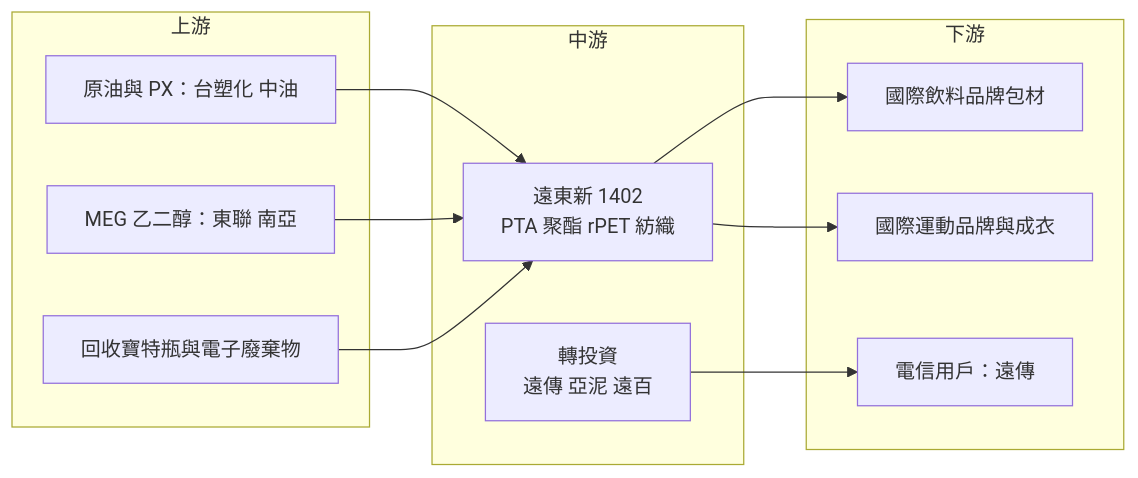
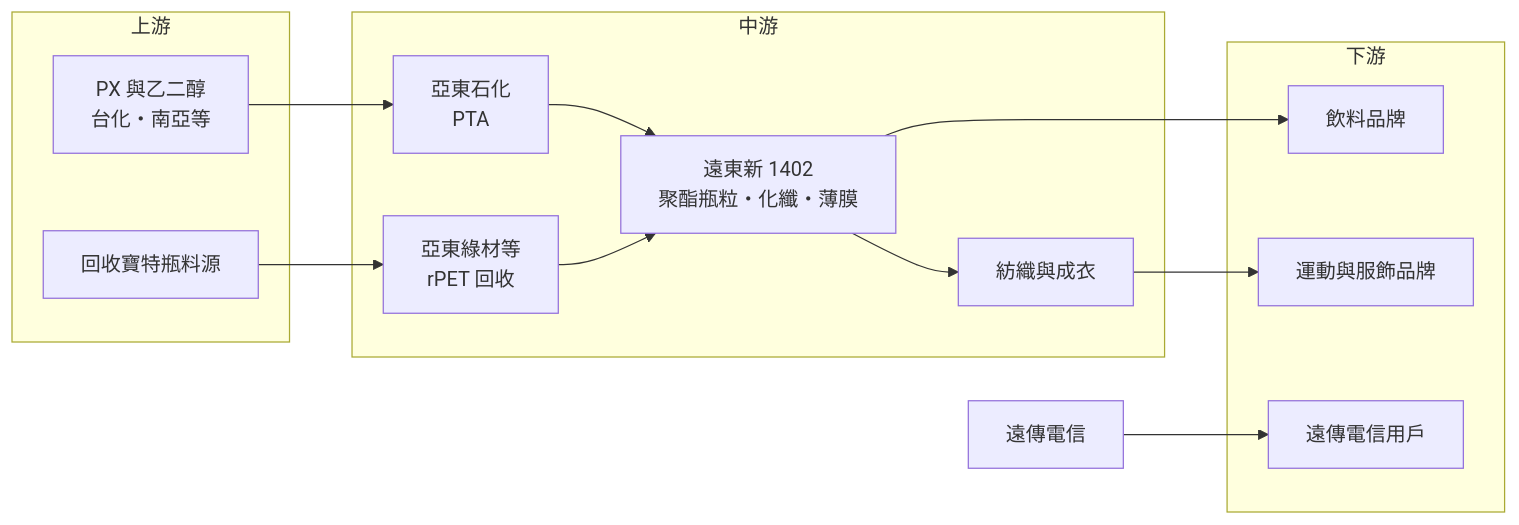
The fourth of 4 diagrams in 個股/台股/1402遠東新.md (wangnick1004/taiwan-stock-vault), drawn with Mermaid before and after one commit. The commit also changed other lines of this file and 16 other files, not shown here.

````diff
--- a/個股/台股/1402遠東新.md
+++ b/個股/台股/1402遠東新.md
@@ -214,23 +223,26 @@
 ```mermaid
 flowchart LR
     subgraph 上游
-        A1[原油與 PX：台塑化 中油]
-        A2[MEG 乙二醇：東聯 南亞]
-        A3[回收寶特瓶與電子廢棄物]
+        A1[PX 與乙二醇<br/>台化・南亞等]
+        A2[回收寶特瓶料源]
     end
     subgraph 中游
-        B["遠東新 1402<br/>PTA 聚酯 rPET 紡織"]
-        B2["轉投資<br/>遠傳 亞泥 遠百"]
+        B[遠東新 1402<br/>聚酯瓶粒・化纖・薄膜]
+        B2[亞東石化<br/>PTA]
+        B3[亞東綠材等<br/>rPET 回收]
+        B4[紡織與成衣]
     end
     subgraph 下游
-        C1[國際飲料品牌包材]
-        C2[國際運動品牌與成衣]
-        C3[電信用戶：遠傳]
+        C1[飲料品牌]
+        C2[運動與服飾品牌]
+        C3[遠傳電信用戶]
     end
-    A1 --> B
-    A2 --> B
-    A3 --> B
+    A1 --> B2
+    B2 --> B
+    A2 --> B3
+    B3 --> B
+    B --> B4
     B --> C1
-    B --> C2
-    B2 --> C3
+    B4 --> C2
+    D[遠傳電信] --> C3
 ```
````
